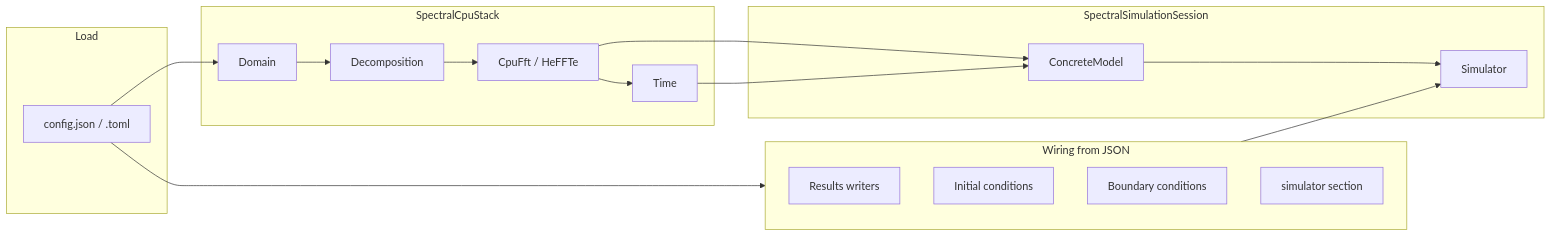
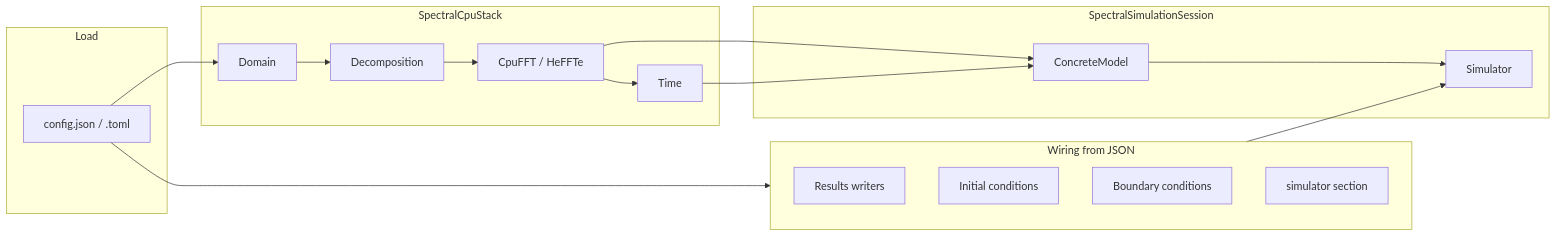
The diagram in docs/user_guide/app_pipeline.md (VTT-ProperTune/OpenPFC), drawn with Mermaid before and after one commit. The commit also changed other lines of this file and 63 other files, not shown here.

````diff
--- a/docs/user_guide/app_pipeline.md
+++ b/docs/user_guide/app_pipeline.md
@@ -14,28 +14,28 @@
 ```mermaid
 flowchart LR
   subgraph load [Load]
     A[config.json / .toml]
   end
   subgraph stack [SpectralCpuStack]
     W[Domain]
     D[Decomposition]
-    F[CpuFft / HeFFTe]
+    F[CpuFFT / HeFFTe]
     T[Time]
   end
   subgraph session [SpectralSimulationSession]
     M[ConcreteModel]
     S[Simulator]
   end
   subgraph wire [Wiring from JSON]
     RW[Results writers]
     IC[Initial conditions]
     BC[Boundary conditions]
     SM[simulator section]
   end
   A --> W --> D --> F --> T
   F --> M
   T --> M
   M --> S
   A --> wire
   wire --> S
 ```
````
